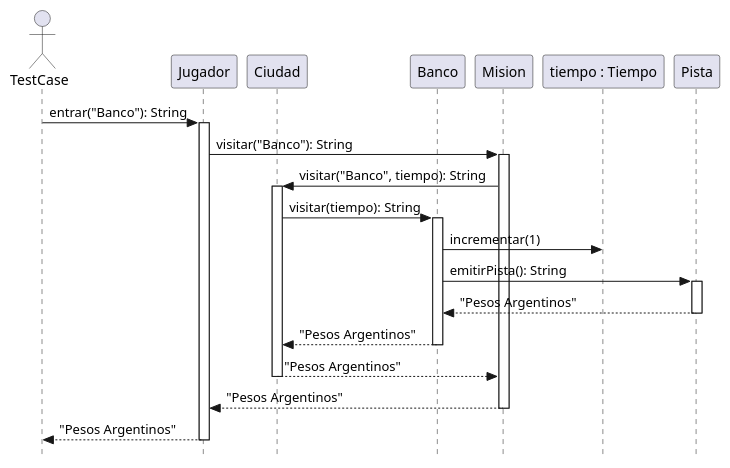
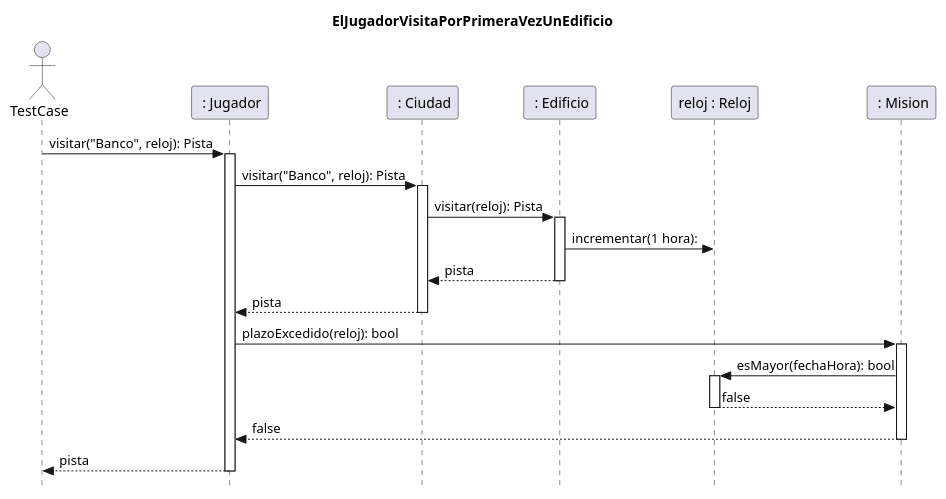
Before and after one commit to martinanus/algo3_tp2: the diagram in diagrams/sequences/JugadorEntraAUnEdificioPorPrimeraVez.puml, drawn with PlantUML.

Commit message:
Se agrega diagrama de secuencia

```diff
--- a/diagrams/sequences/JugadorEntraAUnEdificioPorPrimeraVez.puml
+++ b/diagrams/sequences/JugadorEntraAUnEdificioPorPrimeraVez.puml
@@ -1,30 +1,29 @@
 @startuml
 skinparam style strictuml
-
+title:  ElJugadorVisitaPorPrimeraVezUnEdificio
 actor TestCase
 
-participant "Jugador" as jugador
-participant "Ciudad" as ciudad
-participant "Banco" as banco
-participant "Mision" as mision
-participant "tiempo : Tiempo" as tiempo
-participant "Pista" as pista
+participant " : Jugador" as jugador
+participant " : Ciudad" as ciudad
+participant " : Edificio" as banco
+participant "reloj : Reloj" as reloj
+participant " : Mision" as mision
 
-TestCase -> jugador: entrar("Banco"): String
+TestCase -> jugador: visitar("Banco", reloj): Pista
 activate jugador
-jugador -> mision: visitar("Banco"): String
+jugador -> ciudad: visitar("Banco", reloj): Pista
+activate ciudad
+ciudad -> banco: visitar(reloj): Pista
+activate banco
+banco -> reloj: incrementar(1 hora):
+return pista
+return pista
+jugador -> mision: plazoExcedido(reloj): bool
 activate mision
-mision -> ciudad: visitar("Banco", tiempo): String
-activate ciudad
-ciudad -> banco: visitar(tiempo): String
-activate banco
-banco -> tiempo: incrementar(1)
-banco -> pista: emitirPista(): String
-activate pista
-return "Pesos Argentinos"
-return "Pesos Argentinos"
-return "Pesos Argentinos"
-return "Pesos Argentinos"
-return "Pesos Argentinos"
+mision -> reloj: esMayor(fechaHora): bool
+activate reloj
+return false
+return false
+return pista
 
 @enduml
```
